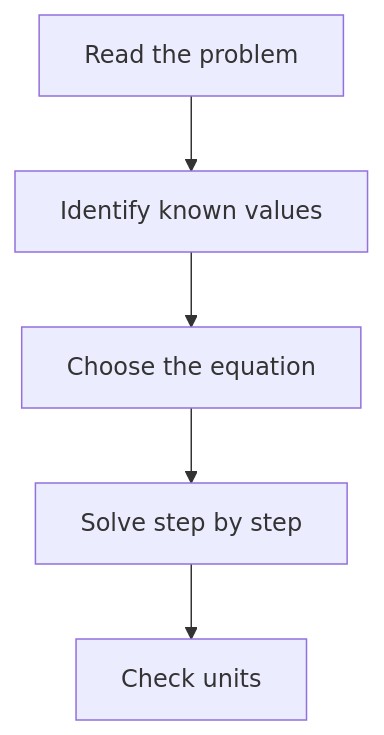
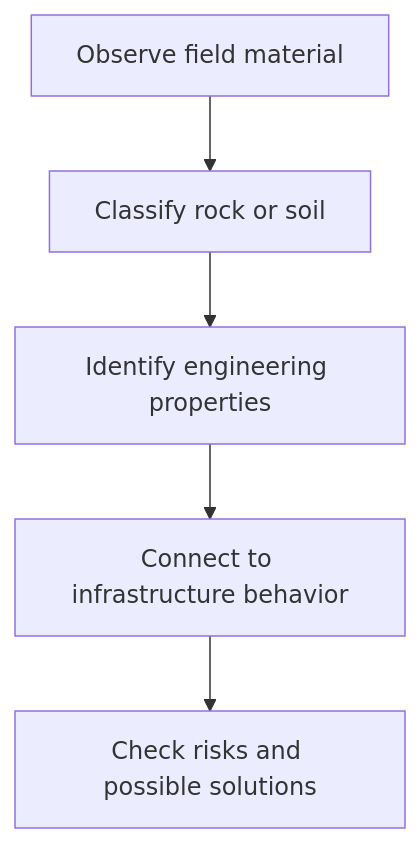
The diagram in README.md (sakaguchihenrique/GEO31), drawn with Mermaid before and after one commit. The commit also changed other lines of this file and 1 other file, not shown here.

````diff
--- a/README.md
+++ b/README.md
@@ -83,7 +128,7 @@
 ```mermaid
 flowchart TD
-    A[Read the problem] --> B[Identify known values]
-    B --> C[Choose the equation]
-    C --> D[Solve step by step]
-    D --> E[Check units]
+    A[Observe field material] --> B[Classify rock or soil]
+    B --> C[Identify engineering properties]
+    C --> D[Connect to infrastructure behavior]
+    D --> E[Check risks and possible solutions]
 ```
````
